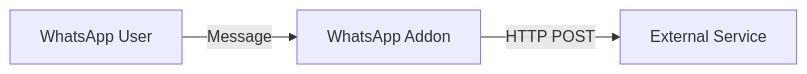
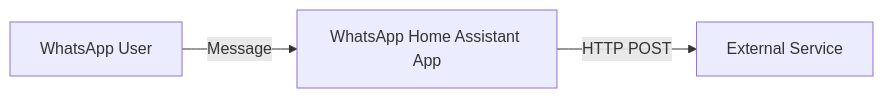
Before and after one commit to FaserF/ha-whatsapp: the diagram in docs/webhooks.md, drawn with Mermaid. The commit also changed other lines of this file and 23 other files, not shown here.

````diff
--- a/docs/webhooks.md
+++ b/docs/webhooks.md
@@ -15,5 +15,5 @@
 ```mermaid
 graph LR
-    User[WhatsApp User] -- Message --> Addon[WhatsApp Addon]
-    Addon -- HTTP POST --> Target[External Service]
+    User[WhatsApp User] -- Message --> App[WhatsApp Home Assistant App]
+    App -- HTTP POST --> Target[External Service]
 ```
````
